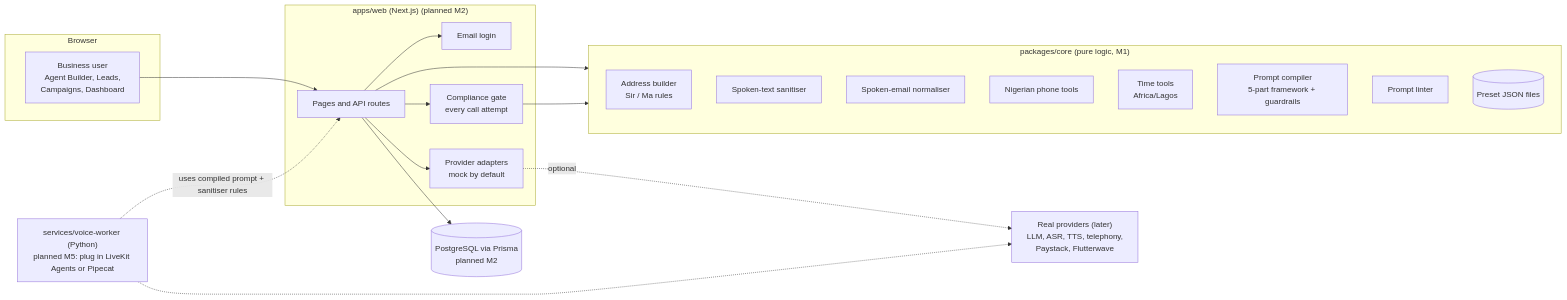
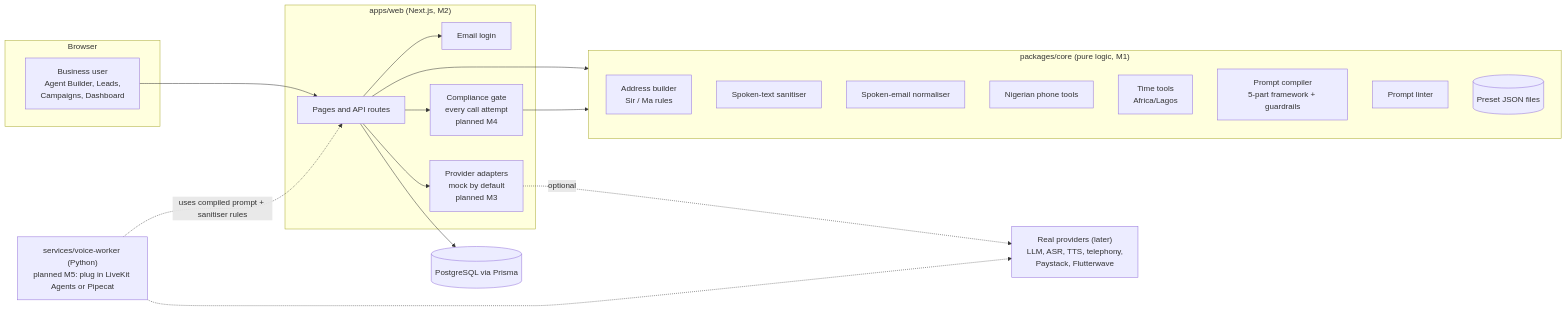
One commit to SpagAI/Spagai changed the first of 4 diagrams in docs/ARCHITECTURE.md. Above: the diagram before and after it, drawn with Mermaid. The commit also changed other lines of this file and 84 other files, not shown here.

````diff
--- a/docs/ARCHITECTURE.md
+++ b/docs/ARCHITECTURE.md
@@ -7,37 +7,37 @@
 ```mermaid
 flowchart LR
     subgraph Browser
         UI[Business user<br/>Agent Builder, Leads,<br/>Campaigns, Dashboard]
     end
 
-    subgraph web["apps/web (Next.js) (planned M2)"]
+    subgraph web["apps/web (Next.js, M2)"]
         Pages[Pages and API routes]
         Auth[Email login]
-        Compliance[Compliance gate<br/>every call attempt]
-        Providers[Provider adapters<br/>mock by default]
+        Compliance[Compliance gate<br/>every call attempt<br/>planned M4]
+        Providers[Provider adapters<br/>mock by default<br/>planned M3]
     end
 
     subgraph core["packages/core (pure logic, M1)"]
         Address[Address builder<br/>Sir / Ma rules]
         Sanitiser[Spoken-text sanitiser]
         Email[Spoken-email normaliser]
         Phone[Nigerian phone tools]
         Time[Time tools<br/>Africa/Lagos]
         Compiler[Prompt compiler<br/>5-part framework + guardrails]
         Linter[Prompt linter]
         Presets[(Preset JSON files)]
     end
 
-    DB[(PostgreSQL via Prisma<br/>planned M2)]
+    DB[(PostgreSQL via Prisma)]
     Worker["services/voice-worker (Python)<br/>planned M5: plug in LiveKit Agents or Pipecat"]
     Ext["Real providers (later)<br/>LLM, ASR, TTS, telephony,<br/>Paystack, Flutterwave"]
 
     UI --> Pages
     Pages --> Auth
     Pages --> core
     Pages --> Compliance --> core
     Pages --> DB
     Pages --> Providers -.optional.-> Ext
     Worker -.uses compiled prompt + sanitiser rules.-> Pages
     Worker -.-> Ext
 ```
````
